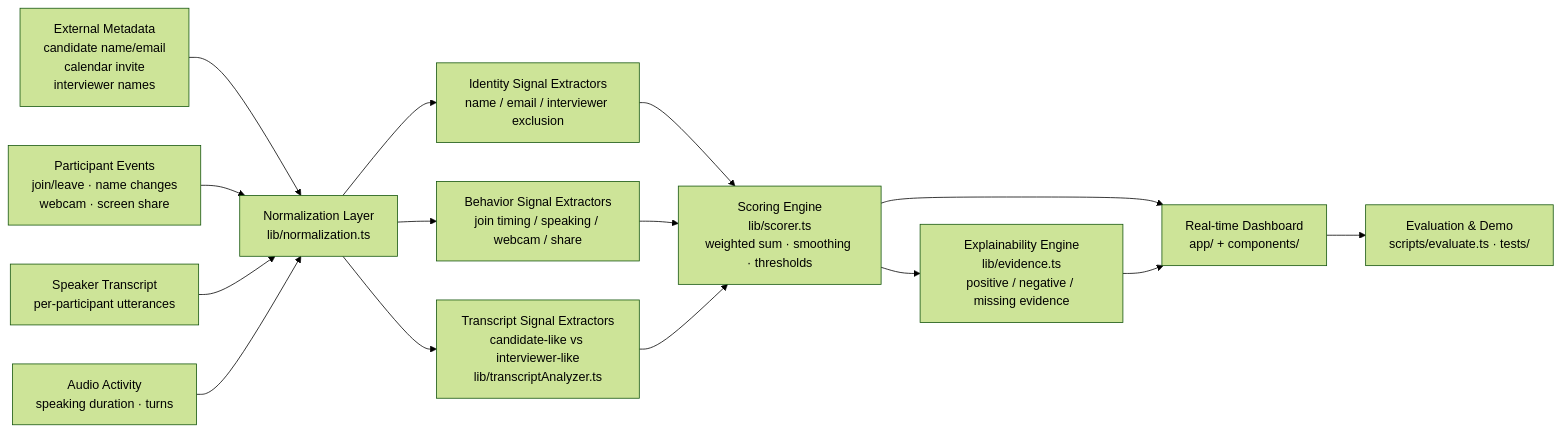
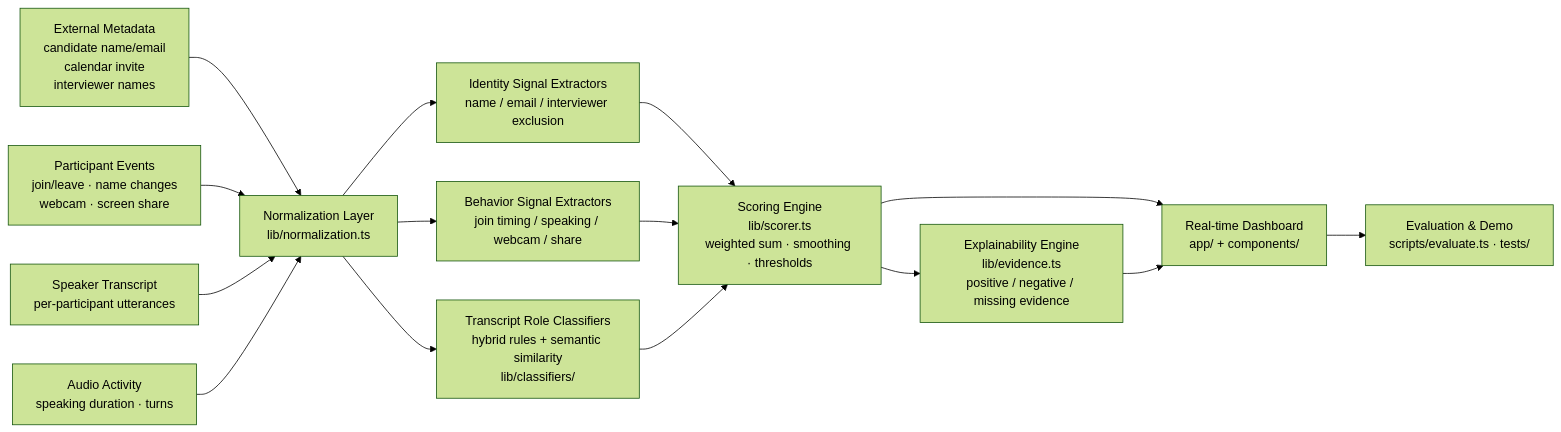
One commit to Jay14090/sherlock-candidate-identifier changed the diagram in docs/architecture.md. Above: the diagram before and after it, drawn with Mermaid (forest theme). The commit also changed other lines of this file and 23 other files, not shown here.

First line of the commit message:
Add pluggable AI/ML transcript role-classification layer with offline hybrid default

````diff
--- a/docs/architecture.md
+++ b/docs/architecture.md
@@ -5,21 +5,21 @@
 ```mermaid
 flowchart LR
     A[External Metadata<br/>candidate name/email<br/>calendar invite<br/>interviewer names] --> N[Normalization Layer<br/>lib/normalization.ts]
     B[Participant Events<br/>join/leave · name changes<br/>webcam · screen share] --> N
     C[Speaker Transcript<br/>per-participant utterances] --> N
     D[Audio Activity<br/>speaking duration · turns] --> N
 
     N --> S1[Identity Signal Extractors<br/>name / email / interviewer exclusion]
     N --> S2[Behavior Signal Extractors<br/>join timing / speaking / webcam / share]
-    N --> S3[Transcript Signal Extractors<br/>candidate-like vs interviewer-like<br/>lib/transcriptAnalyzer.ts]
+    N --> S3[Transcript Role Classifiers<br/>hybrid rules + semantic similarity<br/>lib/classifiers/]
 
     S1 --> R[Scoring Engine<br/>lib/scorer.ts<br/>weighted sum · smoothing · thresholds]
     S2 --> R
     S3 --> R
 
     R --> X[Explainability Engine<br/>lib/evidence.ts<br/>positive / negative / missing evidence]
     R --> U[Real-time Dashboard<br/>app/ + components/]
     X --> U
 
     U --> F[Evaluation & Demo<br/>scripts/evaluate.ts · tests/]
 ```
````
